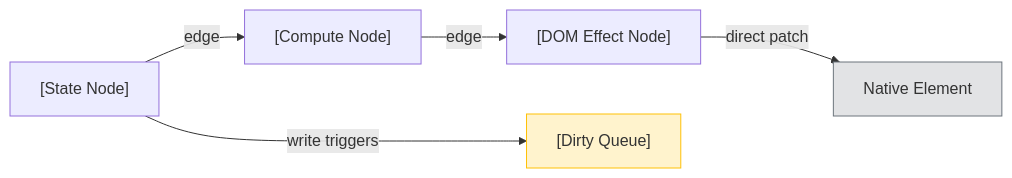
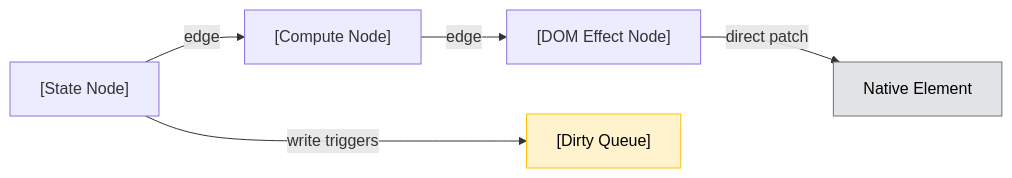
Before and after one commit to waterveinjs/watervein: the second of 4 diagrams in README.md, drawn with Mermaid. The commit also changed other lines of this file and 4 other files, not shown here.

Commit message:
docs: Converting the Mermeid diagram in the README to PNG to ensure compatibility with GitHub views that aren't browser-based

````diff
--- a/README.md
+++ b/README.md
@@ -242,20 +254,20 @@
 ```mermaid
 graph LR
     State["[State Node]"]
     Compute["[Compute Node]"]
     DOM["[DOM Effect Node]"]
     
     State -- edge --> Compute
     Compute -- edge --> DOM
 
     Queue["[Dirty Queue]"]
     Native["Native Element"]
 
     State -- write triggers --> Queue
     DOM -- direct patch --> Native
 
     Queue ~~~ Native
 
-    style Queue fill:#fff3cd,stroke:#ffc107,stroke-width:1px
-    style Native fill:#e2e3e5,stroke:#6c757d,stroke-width:1px
+    style Queue fill:#fff3cd,stroke:#ffc107,stroke-width:1px,color:#000
+    style Native fill:#e2e3e5,stroke:#6c757d,stroke-width:1px,color:#000
 ```
````
